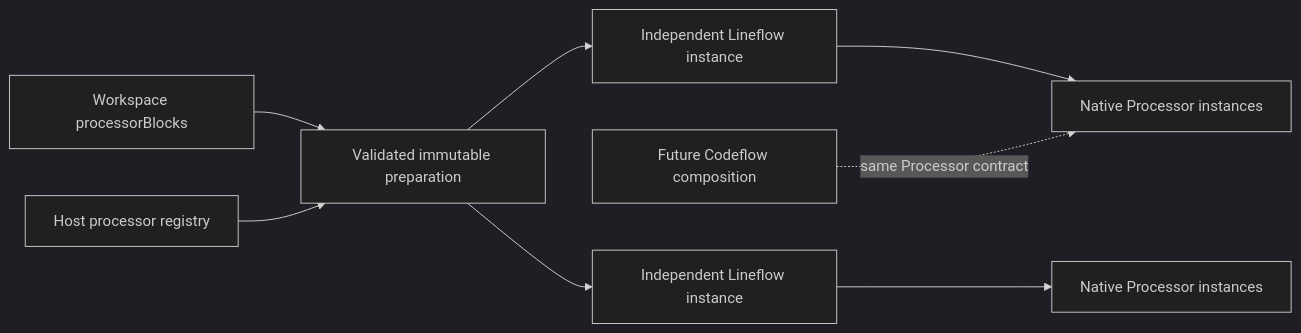
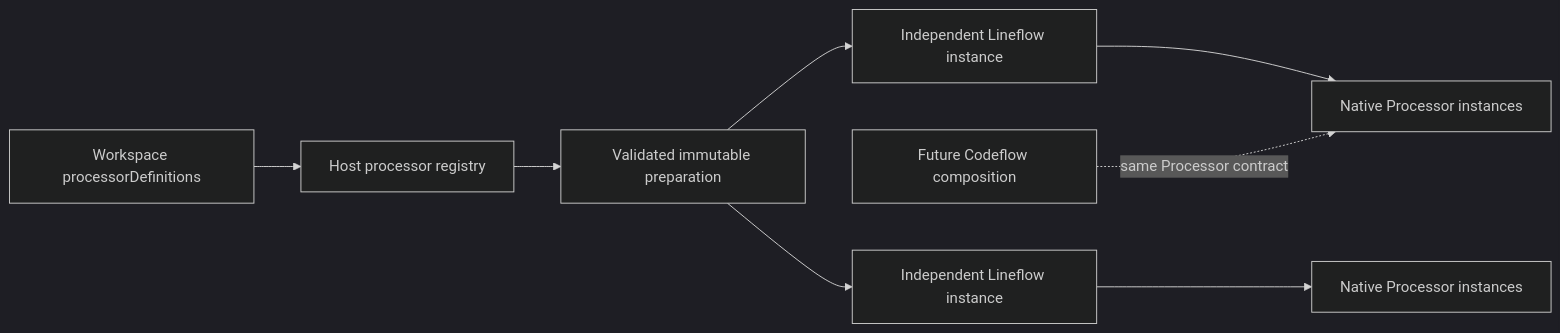
One commit to Octaviarius/TermMaster changed the first of 4 diagrams in docs/processing-core.md. Above: the diagram before and after it, drawn with Mermaid (dark theme). The commit also changed other lines of this file and 3 other files, not shown here.

````diff
--- a/docs/processing-core.md
+++ b/docs/processing-core.md
@@ -13,10 +13,10 @@
 ```mermaid
 flowchart LR
-    W[Workspace processorBlocks] --> P[Validated immutable preparation]
-    R[Host processor registry] --> P
+    W[Workspace processorDefinitions] --> R[Host processor registry]
+    R --> P[Validated immutable preparation]
     P --> RX[Independent Lineflow instance]
     P --> TX[Independent Lineflow instance]
     RX --> N[Native Processor instances]
     TX --> M[Native Processor instances]
     F[Future Codeflow composition] -. same Processor contract .-> N
 ```
````
